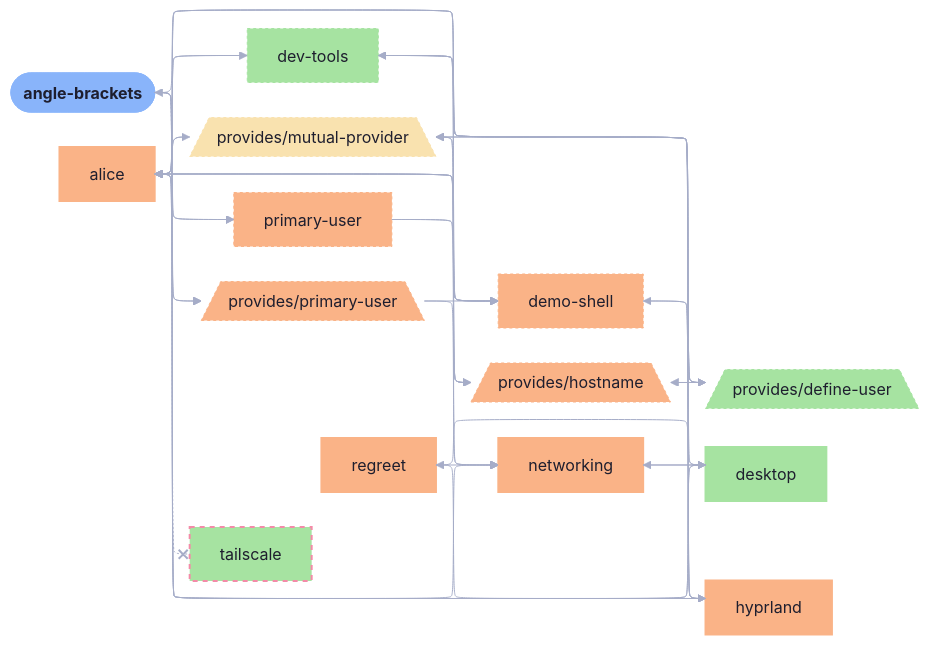
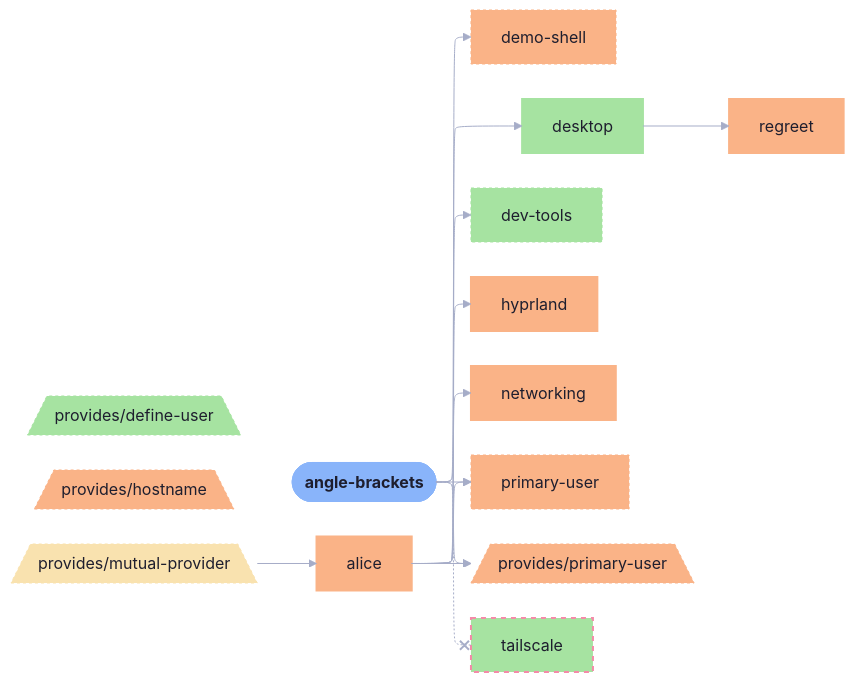
One commit to sini/den changed the diagram in templates/diag-fx-demo/diagrams/angle-brackets-simple.md. Above: the diagram before and after it, drawn with Mermaid. The commit also changed 849 other files, not shown here.

Commit message:
chore: update fx diagrams

````diff
--- a/templates/diag-fx-demo/diagrams/angle-brackets-simple.md
+++ b/templates/diag-fx-demo/diagrams/angle-brackets-simple.md
@@ -5,76 +5,47 @@
 ```mermaid
 %%{init: {"elk":{"mergeEdges":true,"nodePlacementStrategy":"BRANDES_KOEPF"},"layout":"elk","theme":"base","themeVariables":{"activationBkgColor":"#313244","activationBorderColor":"#6c7086","actorBkg":"#313244","actorBorder":"#a6adc8","actorLineColor":"#a6adc8","actorTextColor":"#cdd6f4","background":"#1e1e2e","classText":"#cdd6f4","clusterBkg":"#313244","clusterBorder":"#6c7086","edgeLabelBackground":"#1e1e2e","labelBoxBkgColor":"#313244","labelBoxBorderColor":"#a6adc8","labelTextColor":"#cdd6f4","lineColor":"#a6adc8","loopTextColor":"#cdd6f4","mainBkg":"#313244","nodeBkg":"#313244","nodeBorder":"#a6adc8","nodeTextColor":"#cdd6f4","noteBkgColor":"#313244","noteBorderColor":"#6c7086","noteTextColor":"#cdd6f4","pie1":"#f38ba8","pie2":"#fab387","pie3":"#f9e2af","pie4":"#a6e3a1","pie5":"#94e2d5","pie6":"#89b4fa","pie7":"#cba6f7","pie8":"#f2cdcd","pieLegendTextColor":"#cdd6f4","pieOuterStrokeColor":"#6c7086","pieSectionTextColor":"#cdd6f4","pieStrokeColor":"#6c7086","pieTitleTextColor":"#cdd6f4","primaryBorderColor":"#a6adc8","primaryColor":"#313244","primaryTextColor":"#cdd6f4","secondBkg":"#313244","secondaryBorderColor":"#6c7086","secondaryColor":"#313244","secondaryTextColor":"#cdd6f4","sequenceNumberColor":"#1e1e2e","signalColor":"#a6adc8","signalTextColor":"#cdd6f4","tertiaryBorderColor":"#6c7086","tertiaryColor":"#313244","tertiaryTextColor":"#cdd6f4","textColor":"#cdd6f4","titleColor":"#cdd6f4"}}}%%
 graph LR
   angle_brackets([angle-brackets]):::root
   alice["alice"]:::alice_c
   den__provides__define_user[/"provides/define-user"\]:::den__provides__define_user_c
   demo_shell["demo-shell"]:::demo_shell_c
   desktop["desktop"]:::desktop_c
   dev_tools["dev-tools"]:::dev_tools_c
   den__provides__hostname[/"provides/hostname"\]:::den__provides__hostname_c
   hyprland["hyprland"]:::hyprland_c
   den__provides__mutual_provider[/"provides/mutual-provider"\]:::den__provides__mutual_provider_c
   networking["networking"]:::networking_c
   primary_user["primary-user"]:::primary_user_c
   den__provides__primary_user[/"provides/primary-user"\]:::den__provides__primary_user_c
   regreet["regreet"]:::regreet_c
   tailscale["tailscale"]:::tailscale_c
 
   alice --> demo_shell
   alice --> dev_tools
   alice --> hyprland
   alice --> primary_user
   alice --> den__provides__primary_user
-  alice --> den__provides__define_user
-  alice --> den__provides__hostname
-  alice --> den__provides__mutual_provider
   angle_brackets --> desktop
   angle_brackets --> networking
   angle_brackets --> primary_user
   angle_brackets --> den__provides__primary_user
   angle_brackets -.-x tailscale
-  den__provides__mutual_provider --> den__provides__define_user
-  den__provides__mutual_provider --> den__provides__hostname
   den__provides__mutual_provider --> alice
-  den__provides__hostname --> den__provides__define_user
-  den__provides__define_user --> den__provides__hostname
-  den__provides__define_user --> den__provides__mutual_provider
-  den__provides__hostname --> den__provides__mutual_provider
-  den__provides__define_user --> alice
-  den__provides__hostname --> alice
-  demo_shell --> hyprland
-  demo_shell --> alice
-  demo_shell --> dev_tools
-  den__provides__primary_user --> demo_shell
-  den__provides__primary_user --> networking
-  desktop --> angle_brackets
-  desktop --> networking
   desktop --> regreet
-  dev_tools --> alice
-  dev_tools --> demo_shell
-  dev_tools --> hyprland
-  networking --> desktop
-  regreet --> desktop
-  regreet --> networking
-  hyprland --> dev_tools
-  hyprland --> alice
-  hyprland --> demo_shell
-  primary_user --> demo_shell
-  primary_user --> networking
 
   classDef root fill:#89b4fa,stroke:#89b4fa,color:#1e1e2e,font-weight:bold
   classDef alice_c fill:#fab387,stroke:#fab387,color:#1e1e2e,stroke-width:2px
-  classDef angle_brackets_c fill:#fab387,stroke:#fab387,color:#1e1e2e,stroke-width:3px
+  classDef angle_brackets_c fill:#fab387,stroke:#fab387,color:#1e1e2e,stroke-width:2px
   classDef den__provides__define_user_c fill:#a6e3a1,stroke:#a6e3a1,color:#1e1e2e,stroke-dasharray: 3 3,stroke-width:1px
   classDef demo_shell_c fill:#fab387,stroke:#fab387,color:#1e1e2e,stroke-dasharray: 3 3,stroke-width:1px
   classDef desktop_c fill:#a6e3a1,stroke:#a6e3a1,color:#1e1e2e,stroke-width:2px
   classDef dev_tools_c fill:#a6e3a1,stroke:#a6e3a1,color:#1e1e2e,stroke-dasharray: 3 3,stroke-width:1px
   classDef den__provides__hostname_c fill:#fab387,stroke:#fab387,color:#1e1e2e,stroke-dasharray: 3 3,stroke-width:1px
   classDef hyprland_c fill:#fab387,stroke:#fab387,color:#1e1e2e,stroke-width:2px
   classDef den__provides__mutual_provider_c fill:#f9e2af,stroke:#f9e2af,color:#1e1e2e,stroke-dasharray: 3 3,stroke-width:1px
   classDef networking_c fill:#fab387,stroke:#fab387,color:#1e1e2e,stroke-width:2px
   classDef primary_user_c fill:#fab387,stroke:#fab387,color:#1e1e2e,stroke-dasharray: 3 3,stroke-width:1px
   classDef den__provides__primary_user_c fill:#fab387,stroke:#fab387,color:#1e1e2e,stroke-dasharray: 3 3,stroke-width:1px
   classDef regreet_c fill:#fab387,stroke:#fab387,color:#1e1e2e,stroke-width:2px
   classDef tailscale_c fill:#a6e3a1,stroke:#f38ba8,color:#1e1e2e,stroke-dasharray: 5 5,stroke-width:2px
 ```
````
